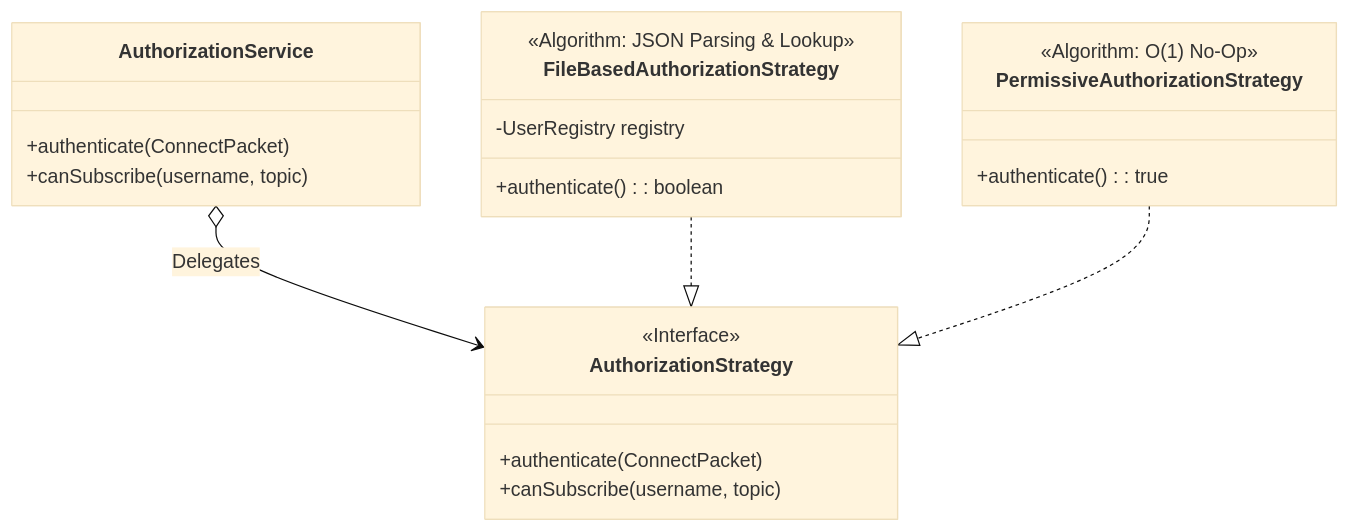
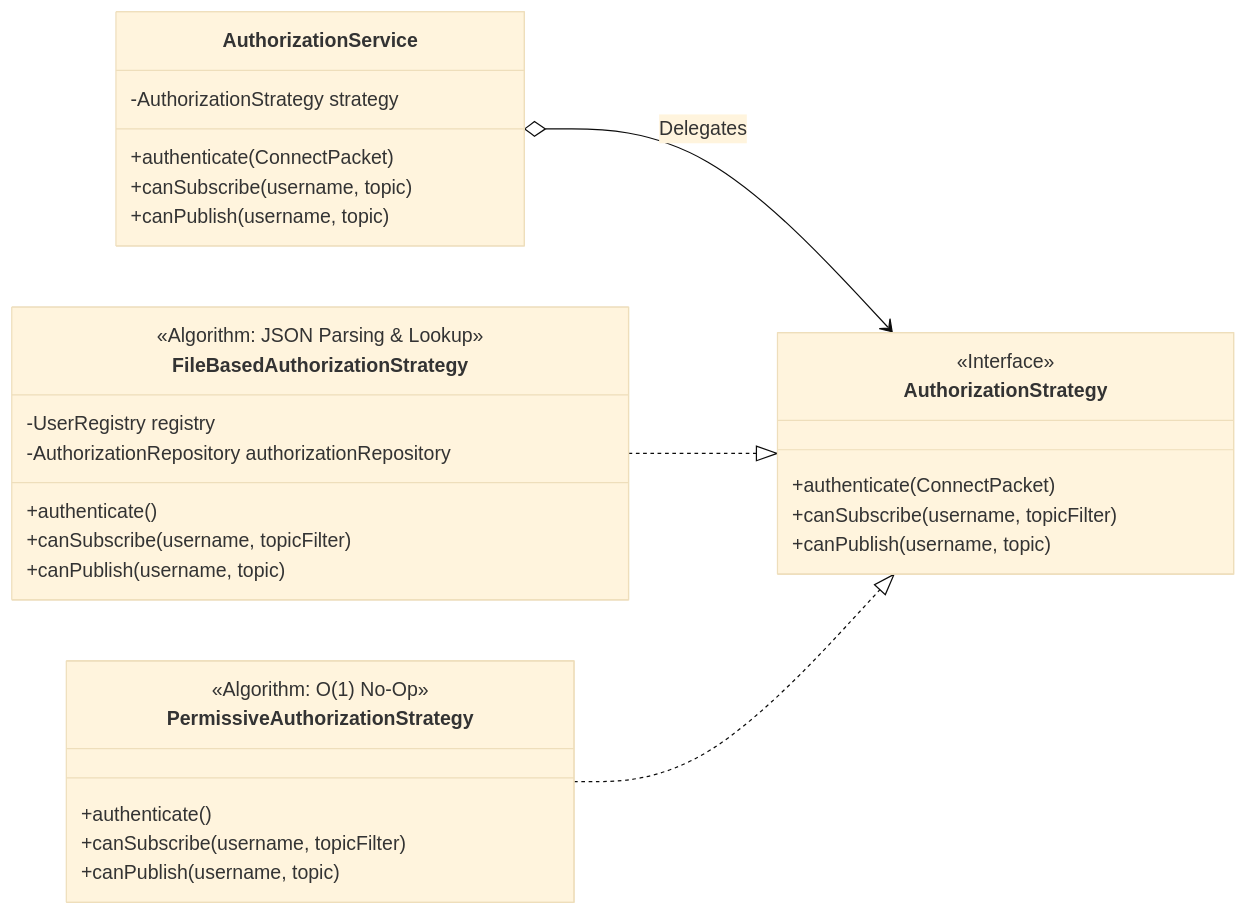
Before and after one commit to karolbystrek/mqtt-broker: the fourth of 16 diagrams in README.md, drawn with Mermaid (base theme). The commit also changed other lines of this file, not shown here.

Commit message:
update README.md with corrected diagrams <<note class diagram and 2nd activity work in progress>>

````diff
--- a/README.md
+++ b/README.md
@@ -172,32 +174,41 @@
 ```mermaid
 classDiagram
+    direction LR
     %% Context
     class AuthorizationService {
+        -AuthorizationStrategy strategy
         +authenticate(ConnectPacket)
         +canSubscribe(username, topic)
+        +canPublish(username, topic)
     }
 
     %% Interface
     class AuthorizationStrategy {
         <<Interface>>
         +authenticate(ConnectPacket)
-        +canSubscribe(username, topic)
+        +canSubscribe(username, topicFilter)
+        +canPublish(username, topic)
     }
 
     %% Algorithm A: No-Op
     class PermissiveAuthorizationStrategy {
         <<Algorithm: O(1) No-Op>>
-        +authenticate() : true
+        +authenticate()
+        +canSubscribe(username, topicFilter)
+        +canPublish(username, topic)
     }
 
     %% Algorithm B: I/O Bound
     class FileBasedAuthorizationStrategy {
         <<Algorithm: JSON Parsing & Lookup>>
         -UserRegistry registry
-        +authenticate() : boolean
+        -AuthorizationRepository authorizationRepository
+        +authenticate()
+        +canSubscribe(username, topicFilter)
+        +canPublish(username, topic)
     }
 
     AuthorizationService o--> AuthorizationStrategy : Delegates
     FileBasedAuthorizationStrategy ..|> AuthorizationStrategy
     PermissiveAuthorizationStrategy ..|> AuthorizationStrategy
 ```
````
